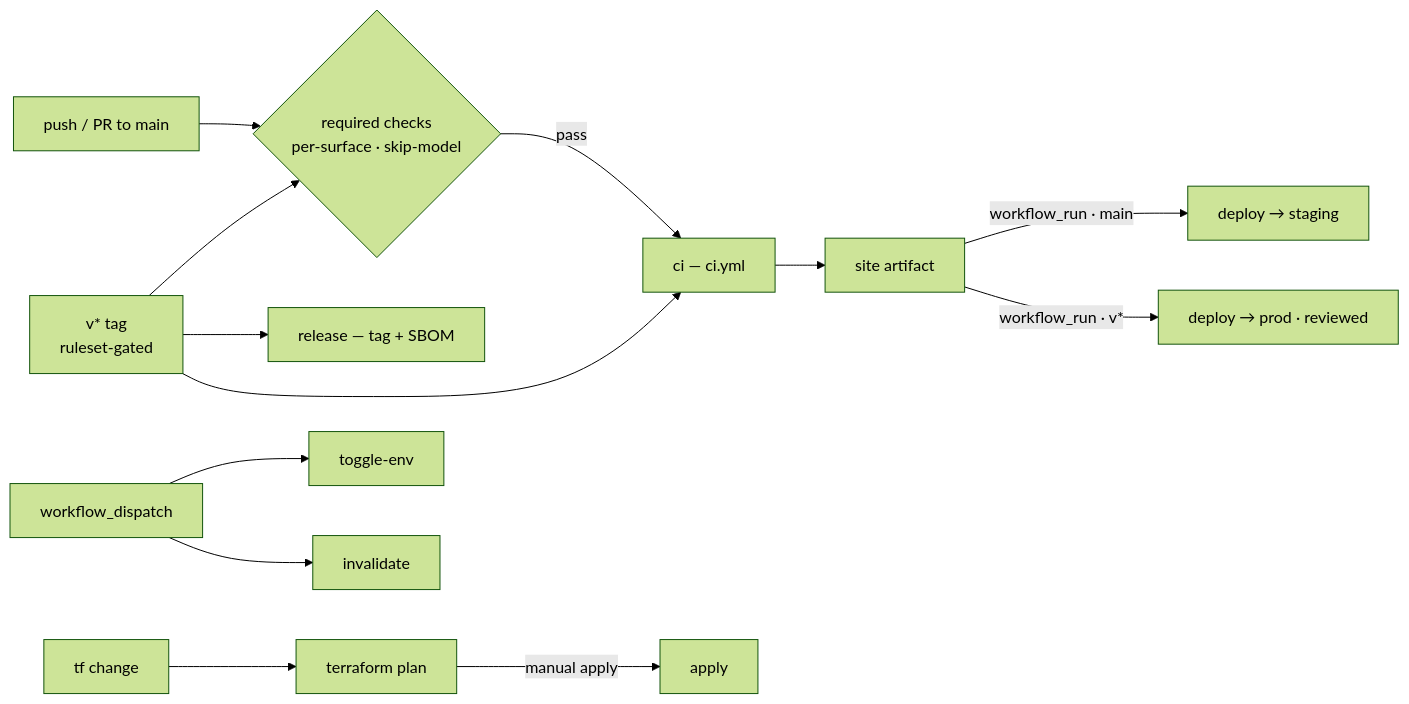
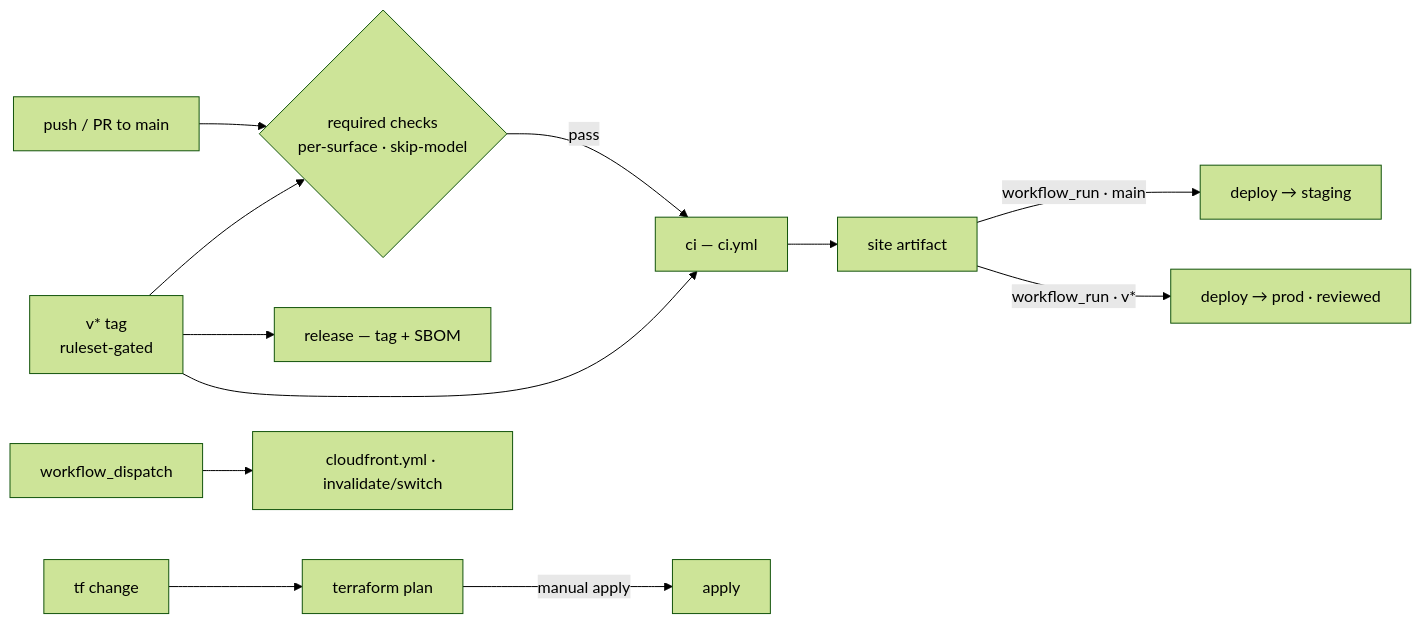
One commit to mathewmusango/my-portfolio changed the fourth of 4 diagrams in README.md. Above: the diagram before and after it, drawn with Mermaid (forest theme). The commit also changed other lines of this file and 15 other files, not shown here.

````diff
--- a/README.md
+++ b/README.md
@@ -142,13 +142,13 @@
 ```mermaid
 flowchart LR
     M[push / PR to main] --> C{required checks<br/>per-surface · skip-model}
     V[v* tag<br/>ruleset-gated] --> C
     C -->|pass| B[ci — ci.yml]
     V --> B
     B --> A[site artifact]
     A -->|workflow_run · main| S[deploy → staging]
     A -->|workflow_run · v*| P[deploy → prod · reviewed]
     V --> R[release — tag + SBOM]
     T[tf change] --> TP[terraform plan] -->|manual apply| AP[apply]
-    X[workflow_dispatch] --> TG[toggle-env] & INV[invalidate]
+    X[workflow_dispatch] --> CF[cloudfront.yml · invalidate/switch]
 ```
````
